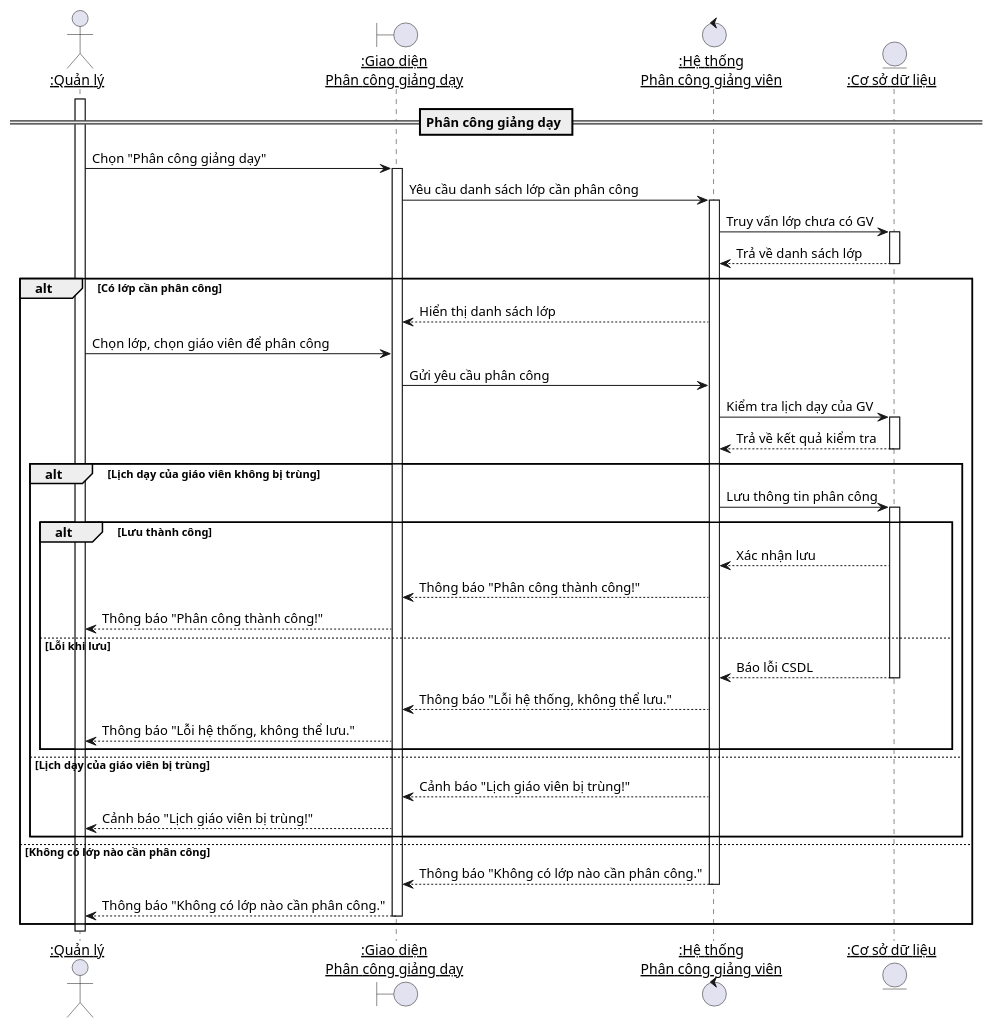
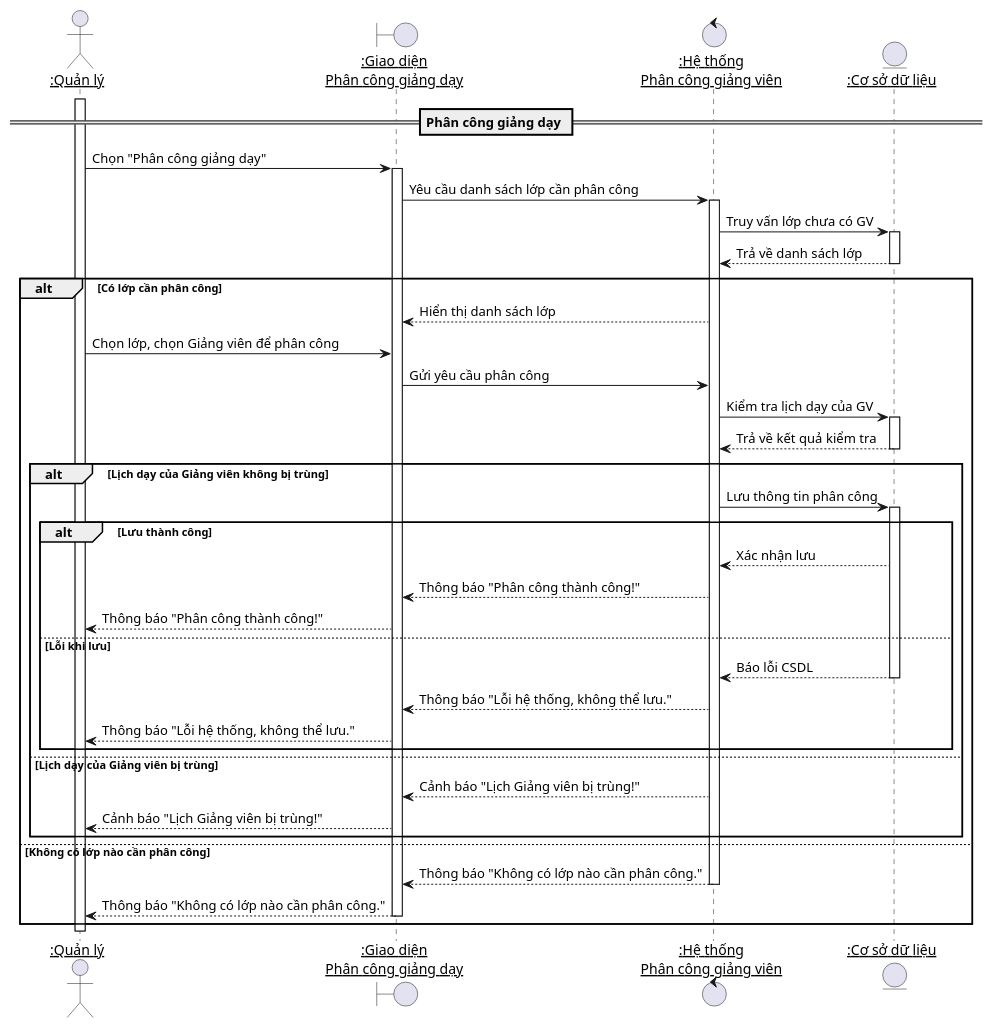
The diagram in sqd/quanlyvaphancong.puml (pTBgH/pttkht), drawn with PlantUML before and after one commit. The commit also changed 23 other files, not shown here.

```diff
--- a/sqd/quanlyvaphancong.puml
+++ b/sqd/quanlyvaphancong.puml
@@ -1,66 +1,66 @@
 @startuml "Quản lý Giảng viên - Phân công giảng dạy"
 
 actor "<u>:Quản lý" as Manager
 
 ' --- Định nghĩa các đối tượng ---
 boundary "<u>:Giao diện\n<u>Phân công giảng dạy" as TeachingUI
 control "<u>:Hệ thống\n<u>Phân công giảng viên" as TeachingSystem
 entity "<u>:Cơ sở dữ liệu" as Database
 
 ' --- Bắt đầu luồng ---
 activate Manager
 
 ' ========================================
 ' Luồng: Phân công giảng dạy
 ' ========================================
 == Phân công giảng dạy ==
 Manager -> TeachingUI: Chọn "Phân công giảng dạy"
 activate TeachingUI
 
 TeachingUI -> TeachingSystem: Yêu cầu danh sách lớp cần phân công
 activate TeachingSystem
 
 TeachingSystem -> Database: Truy vấn lớp chưa có GV
 activate Database
 Database --> TeachingSystem: Trả về danh sách lớp
 deactivate Database
 
 alt Có lớp cần phân công
     TeachingSystem --> TeachingUI: Hiển thị danh sách lớp
     
-    Manager -> TeachingUI: Chọn lớp, chọn giáo viên để phân công
+    Manager -> TeachingUI: Chọn lớp, chọn Giảng viên để phân công
     TeachingUI -> TeachingSystem: Gửi yêu cầu phân công
 
     TeachingSystem -> Database: Kiểm tra lịch dạy của GV
     activate Database
     Database --> TeachingSystem: Trả về kết quả kiểm tra
     deactivate Database
 
-    alt Lịch dạy của giáo viên không bị trùng
+    alt Lịch dạy của Giảng viên không bị trùng
         TeachingSystem -> Database: Lưu thông tin phân công
         activate Database
         alt Lưu thành công
             Database --> TeachingSystem: Xác nhận lưu
             TeachingSystem --> TeachingUI: Thông báo "Phân công thành công!"
             TeachingUI --> Manager: Thông báo "Phân công thành công!"
         else Lỗi khi lưu
             Database --> TeachingSystem: Báo lỗi CSDL
             deactivate Database
             TeachingSystem --> TeachingUI: Thông báo "Lỗi hệ thống, không thể lưu."
             TeachingUI --> Manager: Thông báo "Lỗi hệ thống, không thể lưu."
         end
-    else Lịch dạy của giáo viên bị trùng
-        TeachingSystem --> TeachingUI: Cảnh báo "Lịch giáo viên bị trùng!"
-        TeachingUI --> Manager: Cảnh báo "Lịch giáo viên bị trùng!"
+    else Lịch dạy của Giảng viên bị trùng
+        TeachingSystem --> TeachingUI: Cảnh báo "Lịch Giảng viên bị trùng!"
+        TeachingUI --> Manager: Cảnh báo "Lịch Giảng viên bị trùng!"
     end
 
 else Không có lớp nào cần phân công
     TeachingSystem --> TeachingUI: Thông báo "Không có lớp nào cần phân công."
     deactivate TeachingSystem
     TeachingUI --> Manager: Thông báo "Không có lớp nào cần phân công."
     deactivate TeachingUI
 end
 
 deactivate Manager
 
 @enduml
```
